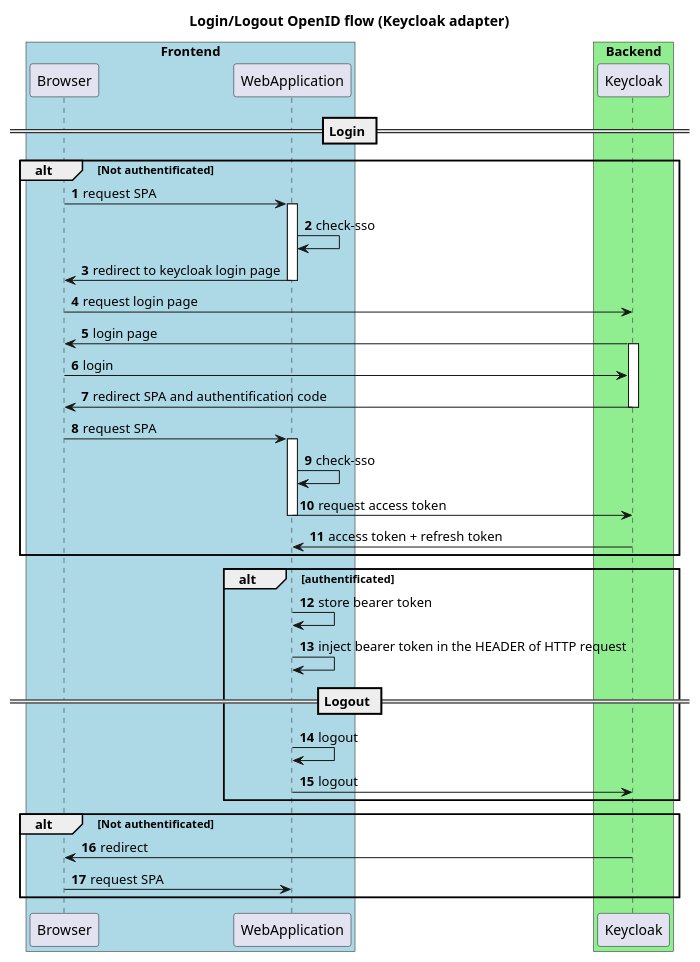
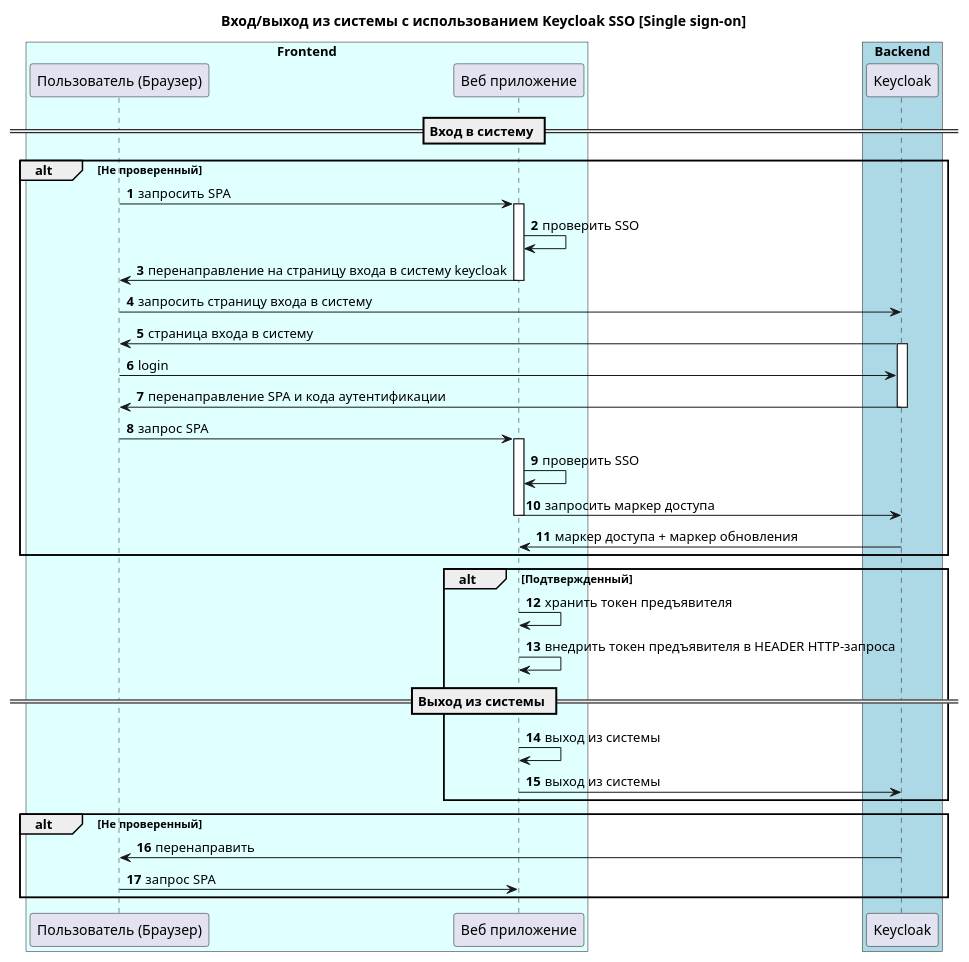
The diagram in keyclock.puml (theotheo46/gb), drawn with PlantUML before and after one commit. The commit also changed 2 other files, not shown here.

```diff
--- a/keyclock.puml
+++ b/keyclock.puml
@@ -1,46 +1,46 @@
 @startuml
 autonumber
-title Login/Logout OpenID flow (Keycloak adapter)
+title Вход/выход из системы с использованием Keycloak SSO [Single sign-on]
 
-box "Frontend" #LightBlue
-	participant Browser
-	participant WebApplication
+box "Frontend" #LightCyan
+	participant "Пользователь (Браузер)" as Browser
+	participant "Веб приложение" as WebApplication
 end box
-box "Backend" #LightGreen
+box "Backend" #LightBlue
 	participant Keycloak
 end box
-== Login ==
-alt Not authentificated
-    Browser -> WebApplication : request SPA
+== Вход в систему ==
+alt Не проверенный
+    Browser -> WebApplication : запросить SPA
     activate WebApplication
-    WebApplication -> WebApplication : check-sso 
-    WebApplication -> Browser : redirect to keycloak login page
+    WebApplication -> WebApplication : проверить SSO
+    WebApplication -> Browser : перенаправление на страницу входа в систему keycloak
     deactivate WebApplication
 
-    Browser -> Keycloak : request login page 
-    Keycloak -> Browser  : login page
+    Browser -> Keycloak : запросить страницу входа в систему
+    Keycloak -> Browser  : страница входа в систему
     activate Keycloak
     Browser -> Keycloak : login
-    Keycloak -> Browser: redirect SPA and authentification code
+    Keycloak -> Browser: перенаправление SPA и кода аутентификации
     deactivate Keycloak
-    Browser -> WebApplication : request SPA
+    Browser -> WebApplication : запрос SPA
     activate WebApplication
-    WebApplication -> WebApplication : check-sso 
-    WebApplication -> Keycloak : request access token
+    WebApplication -> WebApplication : проверить SSO
+    WebApplication -> Keycloak : запросить маркер доступа
     deactivate WebApplication
-    Keycloak -> WebApplication: access token + refresh token
+    Keycloak -> WebApplication: маркер доступа + маркер обновления
 end
-alt authentificated
+alt Подтвержденный
     activate WebApplication
-    WebApplication -> WebApplication : store bearer token
-    WebApplication -> WebApplication : inject bearer token in the HEADER of HTTP request
-    == Logout ==
-    WebApplication -> WebApplication : logout
-    WebApplication -> Keycloak: logout
+    WebApplication -> WebApplication : хранить токен предъявителя
+    WebApplication -> WebApplication : внедрить токен предъявителя в HEADER HTTP-запроса
+    == Выход из системы ==
+    WebApplication -> WebApplication : выход из системы
+    WebApplication -> Keycloak: выход из системы
     deactivate WebApplication
 end
-alt Not authentificated
-    Keycloak -> Browser : redirect
-    Browser -> WebApplication : request SPA
+alt Не проверенный
+    Keycloak -> Browser : перенаправить
+    Browser -> WebApplication : запрос SPA
 end
 @enduml
```
